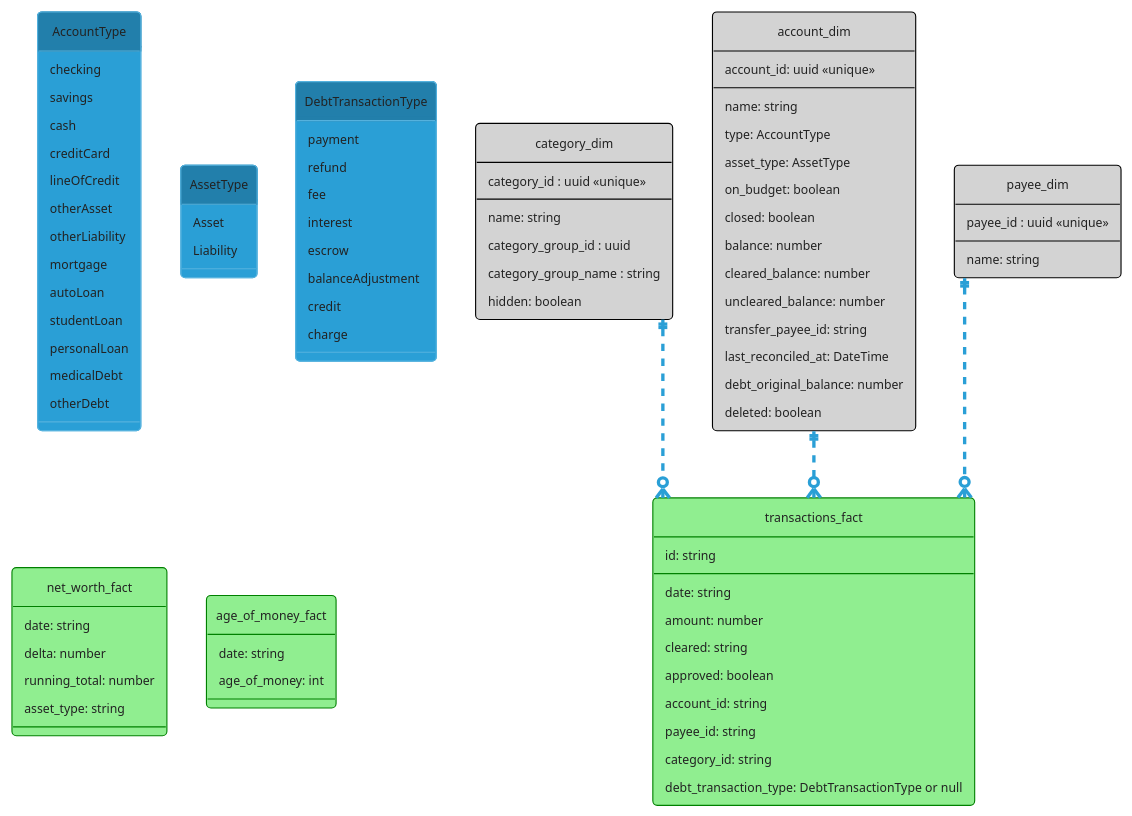
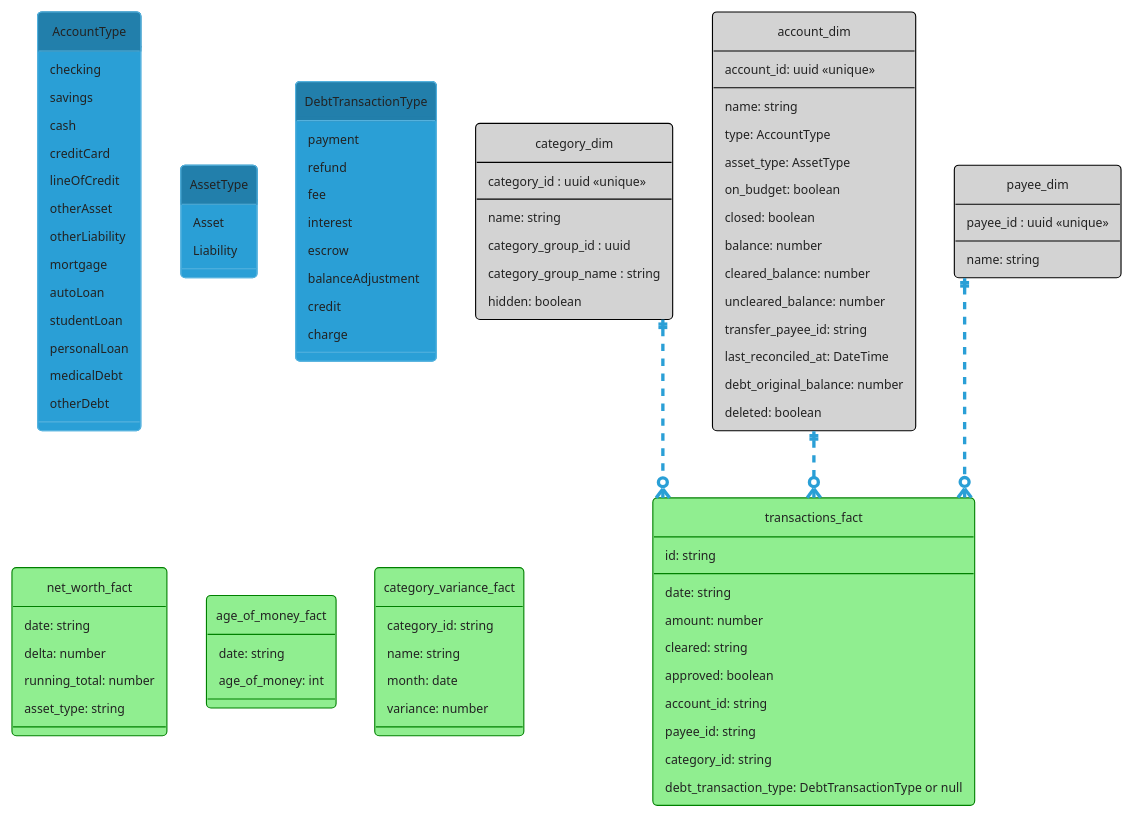
One commit to zachdean/ynab-reporting-pipeline changed the diagram in docs/transaction_fact_star_schema.puml. Above: the diagram before and after it, drawn with PlantUML. The commit also changed 1 other file, not shown here.

```diff
--- a/docs/transaction_fact_star_schema.puml
+++ b/docs/transaction_fact_star_schema.puml
@@ -1,100 +1,107 @@
 @startuml
 !theme cyborg
 hide circle
 skinparam linetype ortho
 
 enum AccountType {
     checking
     savings
     cash
     creditCard
     lineOfCredit
     otherAsset
     otherLiability
     mortgage
     autoLoan
     studentLoan
     personalLoan
     medicalDebt
     otherDebt
 }
 
 enum AssetType {
   Asset
   Liability
 }
 
 enum DebtTransactionType {
   payment
   refund
   fee
   interest
   escrow
   balanceAdjustment
   credit
   charge
 }
 
 entity "category_dim" as cat_dim #line:black;back:lightgrey {
   category_id : uuid <<unique>>
   --
   name: string
   category_group_id : uuid
   category_group_name : string
   hidden: boolean
 }
 
 entity "account_dim" as account_dim #line:black;back:lightgrey {
   account_id: uuid <<unique>>
   --
   name: string
   type: AccountType
   asset_type: AssetType
   on_budget: boolean
   closed: boolean
   balance: number
   cleared_balance: number
   uncleared_balance: number
   transfer_payee_id: string
   last_reconciled_at: DateTime
   debt_original_balance: number
   deleted: boolean
 }
 
 entity "payee_dim" as payee_dim #line:black;back:lightgrey {
   payee_id : uuid <<unique>>
   --
   name: string
 }
 
 ' unused fields are dropped from the model, if fields are used in a visualization they will be added back in 
 entity "transactions_fact" as transactions_fact #line:green;back:lightgreen {
   id: string
   --
   date: string
   amount: number
   cleared: string
   approved: boolean
   account_id: string
   payee_id: string
   category_id: string
   debt_transaction_type: DebtTransactionType or null
 }
 
 entity "net_worth_fact" as net_worth_fact #line:green;back:lightgreen {
   date: string
   delta: number
   running_total: number
   asset_type: string
 }
 
 entity "age_of_money_fact" as age_of_money_fact #line:green;back:lightgreen {
   date: string
   age_of_money: int
 }
 
+entity "category_variance_fact" as category_variance_fact #line:green;back:lightgreen {
+  category_id: string
+  name: string
+  month: date
+  variance: number
+}
+
 cat_dim ||..o{ transactions_fact
 account_dim ||..o{ transactions_fact
 payee_dim ||..o{ transactions_fact
 
 @enduml
```
